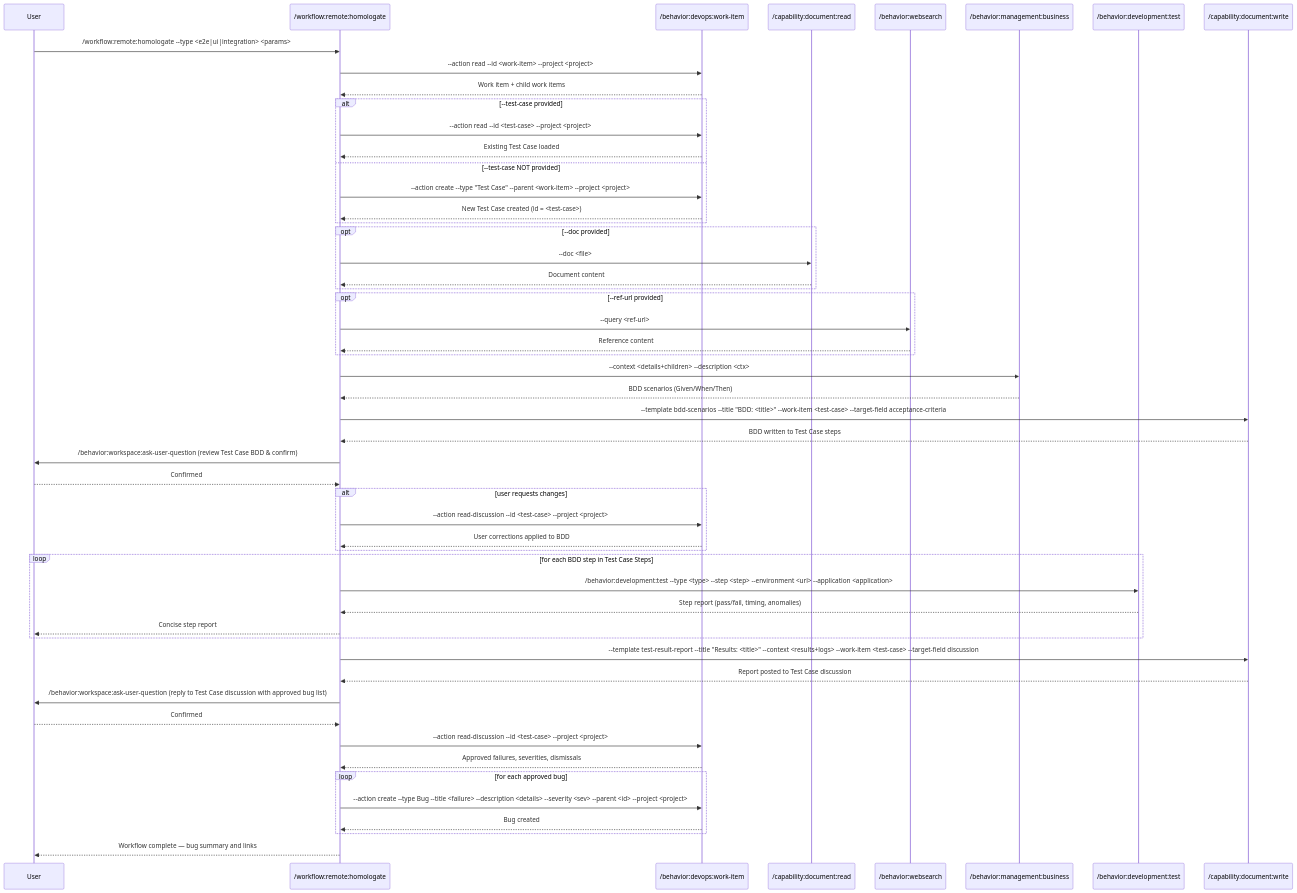
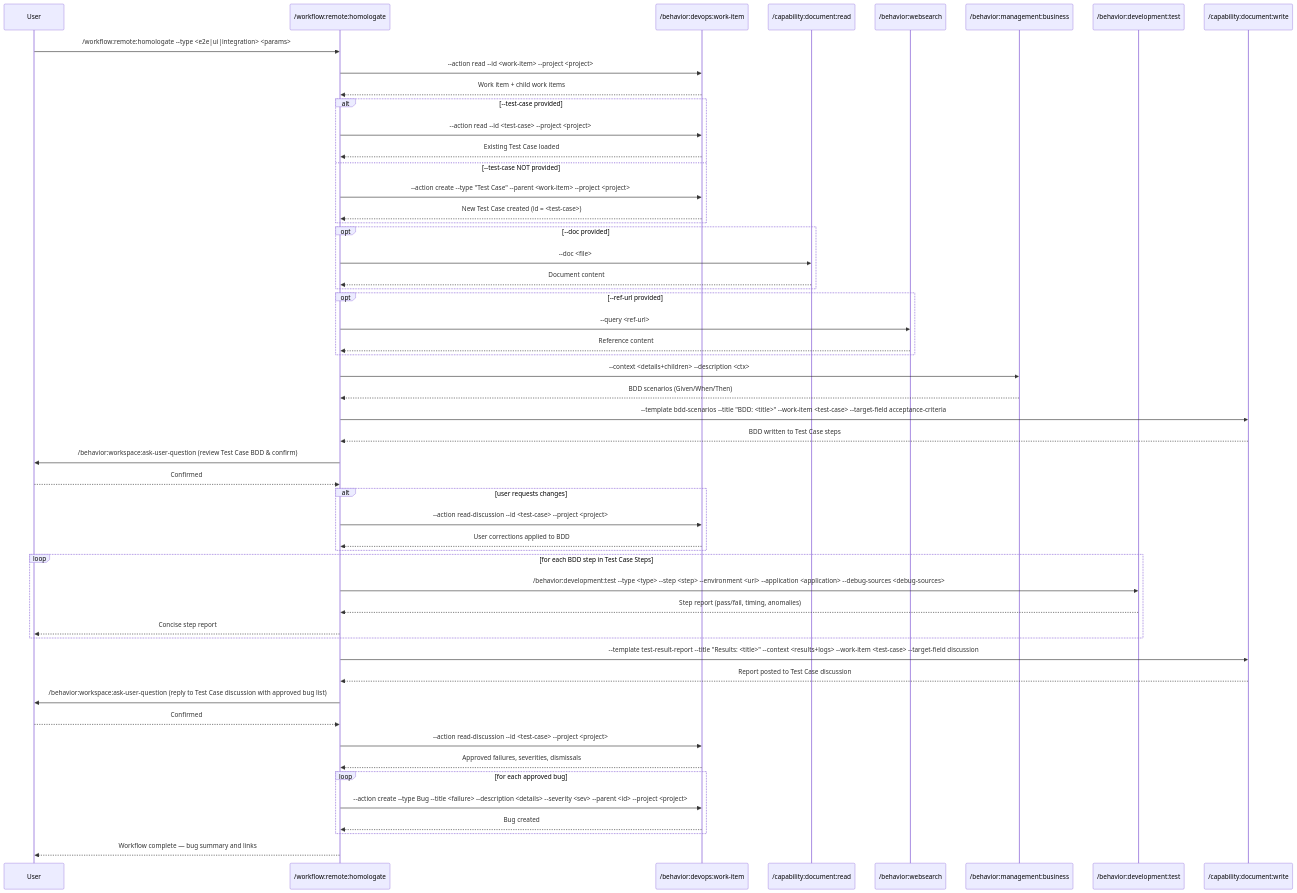
One commit to zzaia/zzaia-agentic-workspace changed the diagram in .claude/commands/workflow/remote/homologate.md. Above: the diagram before and after it, drawn with Mermaid. The commit also changed other lines of this file and 3 other files, not shown here.

````diff
--- a/.claude/commands/workflow/remote/homologate.md
+++ b/.claude/commands/workflow/remote/homologate.md
@@ -125,56 +132,56 @@
 ```mermaid
 sequenceDiagram
     participant U as User
     participant W as /workflow:remote:homologate
     participant WI as /behavior:devops:work-item
     participant DR as /capability:document:read
     participant WS as /behavior:websearch
     participant BDD as /behavior:management:business
     participant TST as /behavior:development:test
     participant DW as /capability:document:write
 
     U->>W: /workflow:remote:homologate --type <e2e|ui|integration> <params>
     W->>WI: --action read --id <work-item> --project <project>
     WI-->>W: Work item + child work items
     alt --test-case provided
         W->>WI: --action read --id <test-case> --project <project>
         WI-->>W: Existing Test Case loaded
     else --test-case NOT provided
         W->>WI: --action create --type "Test Case" --parent <work-item> --project <project>
         WI-->>W: New Test Case created (id = <test-case>)
     end
     opt --doc provided
         W->>DR: --doc <file>
         DR-->>W: Document content
     end
     opt --ref-url provided
         W->>WS: --query <ref-url>
         WS-->>W: Reference content
     end
     W->>BDD: --context <details+children> --description <ctx>
     BDD-->>W: BDD scenarios (Given/When/Then)
     W->>DW: --template bdd-scenarios --title "BDD: <title>" --work-item <test-case> --target-field acceptance-criteria
     DW-->>W: BDD written to Test Case steps
     W->>U: /behavior:workspace:ask-user-question (review Test Case BDD & confirm)
     U-->>W: Confirmed
     alt user requests changes
         W->>WI: --action read-discussion --id <test-case> --project <project>
         WI-->>W: User corrections applied to BDD
     end
     loop for each BDD step in Test Case Steps
-        W->>TST: /behavior:development:test --type <type> --step <step> --environment <url> --application <application>
+        W->>TST: /behavior:development:test --type <type> --step <step> --environment <url> --application <application> --debug-sources <debug-sources>
         TST-->>W: Step report (pass/fail, timing, anomalies)
         W-->>U: Concise step report
     end
     W->>DW: --template test-result-report --title "Results: <title>" --context <results+logs> --work-item <test-case> --target-field discussion
     DW-->>W: Report posted to Test Case discussion
     W->>U: /behavior:workspace:ask-user-question (reply to Test Case discussion with approved bug list)
     U-->>W: Confirmed
     W->>WI: --action read-discussion --id <test-case> --project <project>
     WI-->>W: Approved failures, severities, dismissals
     loop for each approved bug
         W->>WI: --action create --type Bug --title <failure> --description <details> --severity <sev> --parent <id> --project <project>
         WI-->>W: Bug created
     end
     W-->>U: Workflow complete — bug summary and links
 ```
````
